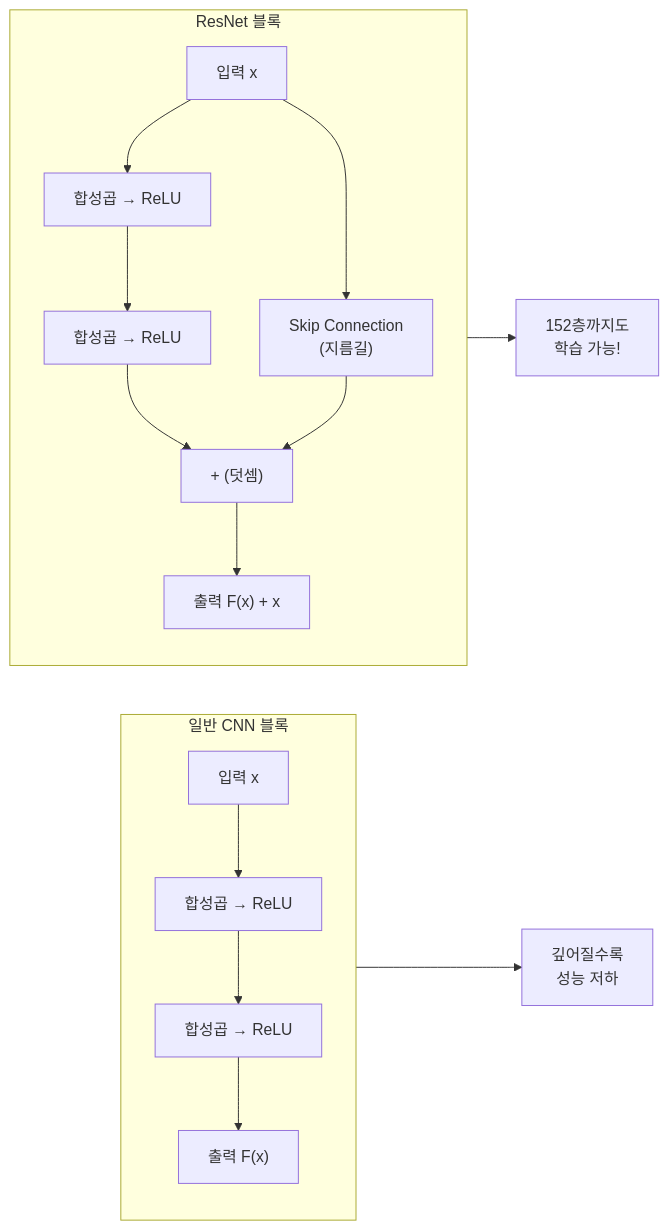
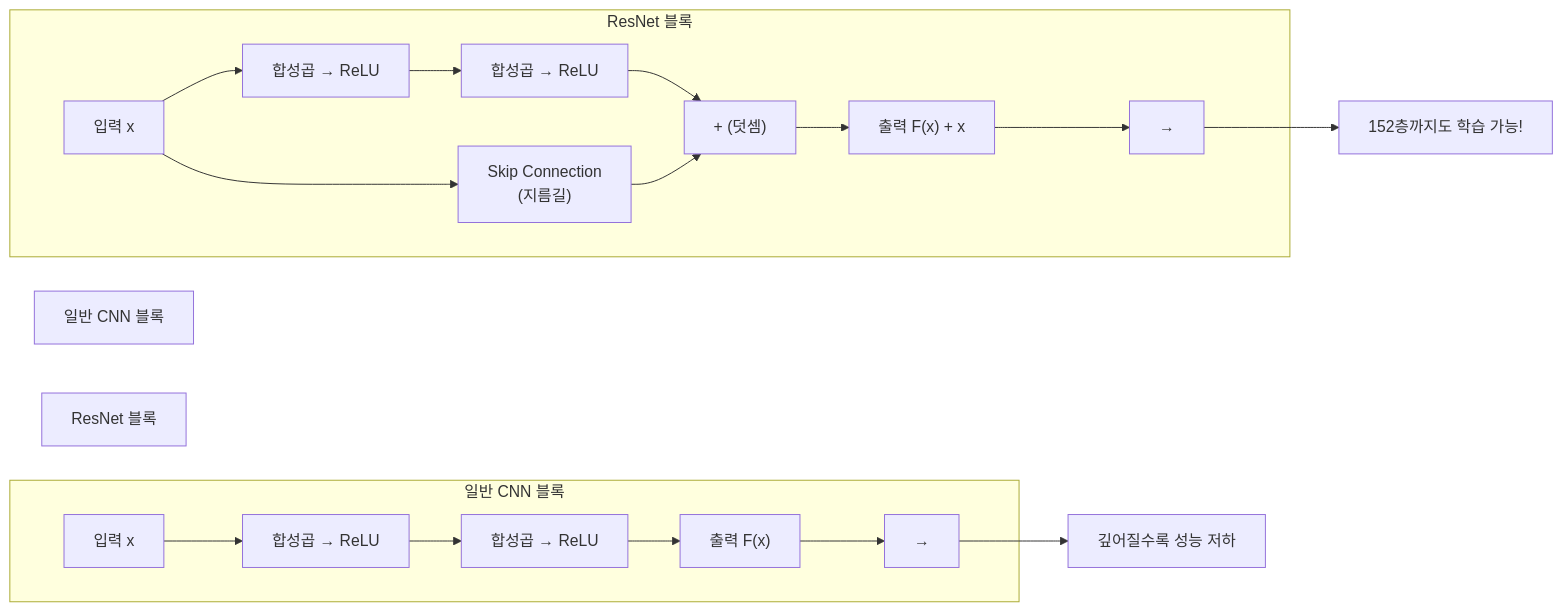
The fifth of 7 diagrams in ai-programming/03_딥러닝/02_컴퓨터_비전.md (jingu279/Document), drawn with Mermaid before and after one commit. The commit also changed other lines of this file and 9 other files, not shown here.

Commit message:
Fix all broken Mermaid diagrams across AI book (cross-subgraph connections, reserved keywords, duplicate nodes)

````diff
--- a/ai-programming/03_딥러닝/02_컴퓨터_비전.md
+++ b/ai-programming/03_딥러닝/02_컴퓨터_비전.md
@@ -260,20 +260,25 @@
 ```mermaid
 flowchart LR
+  Plain_T["일반 CNN 블록"]
+  ResNet_T["ResNet 블록"]
+
   subgraph Plain[일반 CNN 블록]
     Input_P["입력 x"] --> Conv_P["합성곱 → ReLU"]
     Conv_P --> Conv_P2["합성곱 → ReLU"]
     Conv_P2 --> Output_P["출력 F(x)"]
+    Output_P --> PO["→"]
   end
 
   subgraph ResNet[ResNet 블록]
     Input_R["입력 x"] --> Conv_R["합성곱 → ReLU"]
     Conv_R --> Conv_R2["합성곱 → ReLU"]
     Input_R --> Skip["Skip Connection<br/>(지름길)"]
     Conv_R2 --> Add["+ (덧셈)"]
     Skip --> Add
     Add --> Output_R["출력 F(x) + x"]
+    Output_R --> RO["→"]
   end
 
-  Plain --> Problem["깊어질수록<br/>성능 저하"]
-  ResNet --> Solution2["152층까지도<br/>학습 가능!"]
+  PO --> Problem["깊어질수록 성능 저하"]
+  RO --> Solution2["152층까지도 학습 가능!"]
 ```
````
